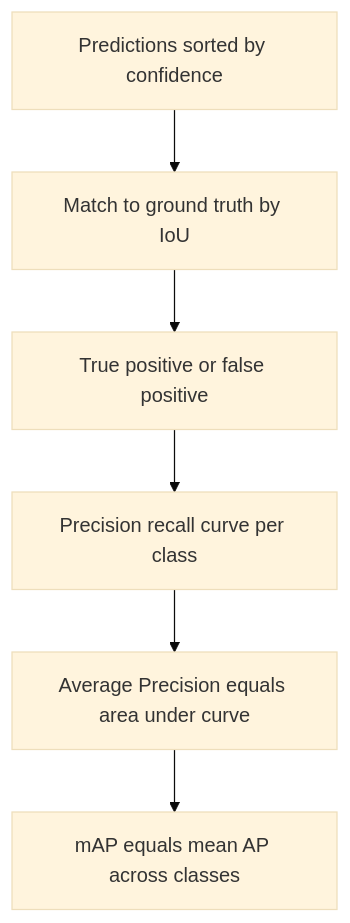
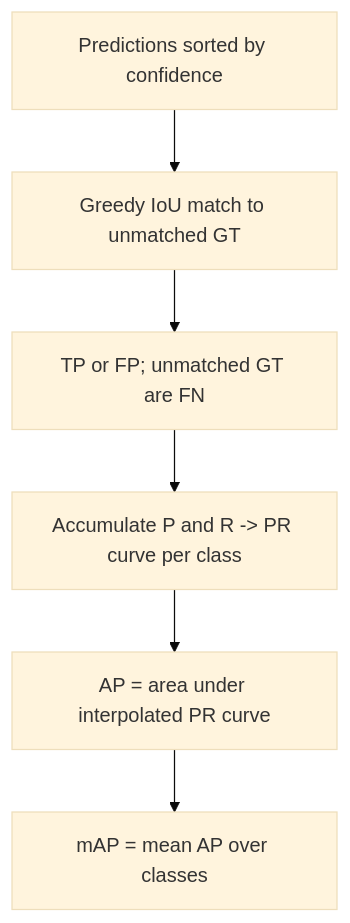
One commit to CODECRUNCHWORLDWIDE/C56-CRUNCH-VISION changed the diagram in curriculum/week-06-object-detection/lecture-notes/03-training-and-map.md. Above: the diagram before and after it, drawn with Mermaid (base theme). The commit also changed other lines of this file and 254 other files, not shown here.

Commit message:
docs: add diagrams + sync content from curriculum source

````diff
--- a/curriculum/week-06-object-detection/lecture-notes/03-training-and-map.md
+++ b/curriculum/week-06-object-detection/lecture-notes/03-training-and-map.md
@@ -26,8 +51,8 @@
 ```mermaid
 flowchart TD
-  A["Predictions sorted by confidence"] --> B["Match to ground truth by IoU"]
-  B --> C["True positive or false positive"]
-  C --> D["Precision recall curve per class"]
-  D --> E["Average Precision equals area under curve"]
-  E --> F["mAP equals mean AP across classes"]
+  A["Predictions sorted by confidence"] --> B["Greedy IoU match to unmatched GT"]
+  B --> C["TP or FP; unmatched GT are FN"]
+  C --> D["Accumulate P and R -> PR curve per class"]
+  D --> E["AP = area under interpolated PR curve"]
+  E --> F["mAP = mean AP over classes"]
 ```
````
